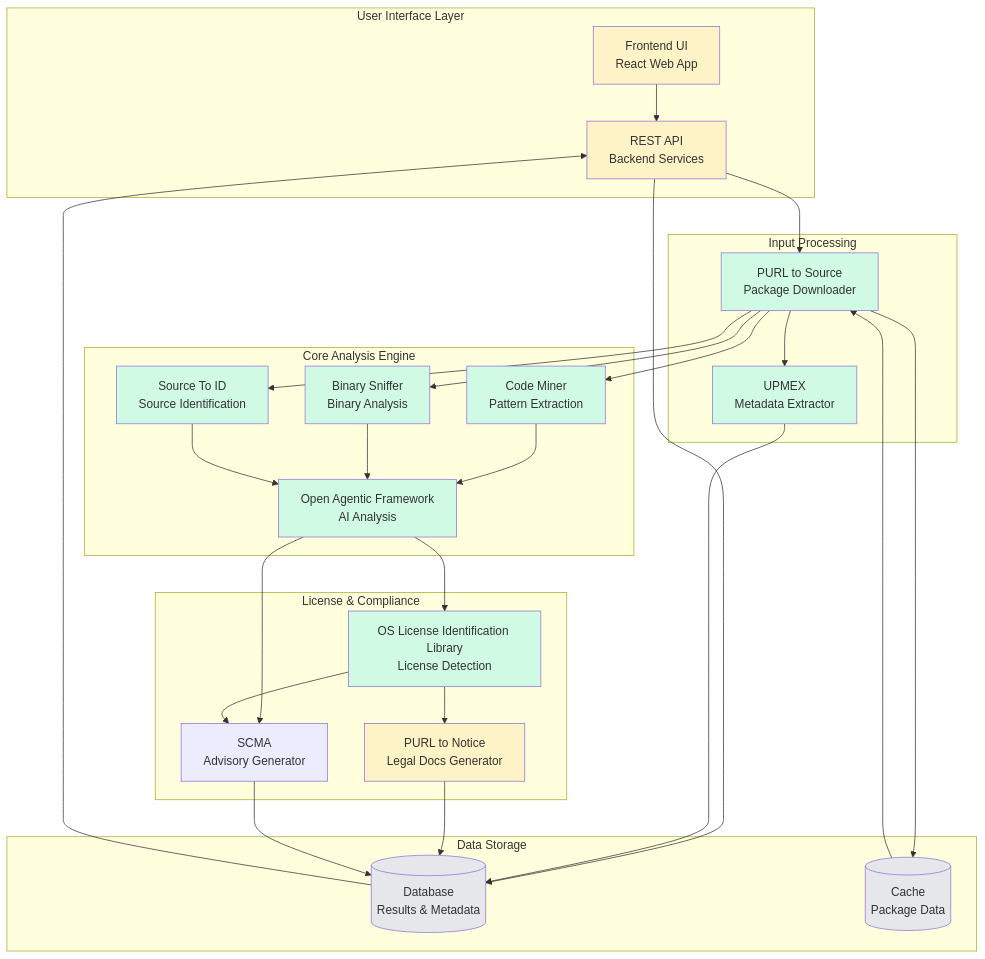
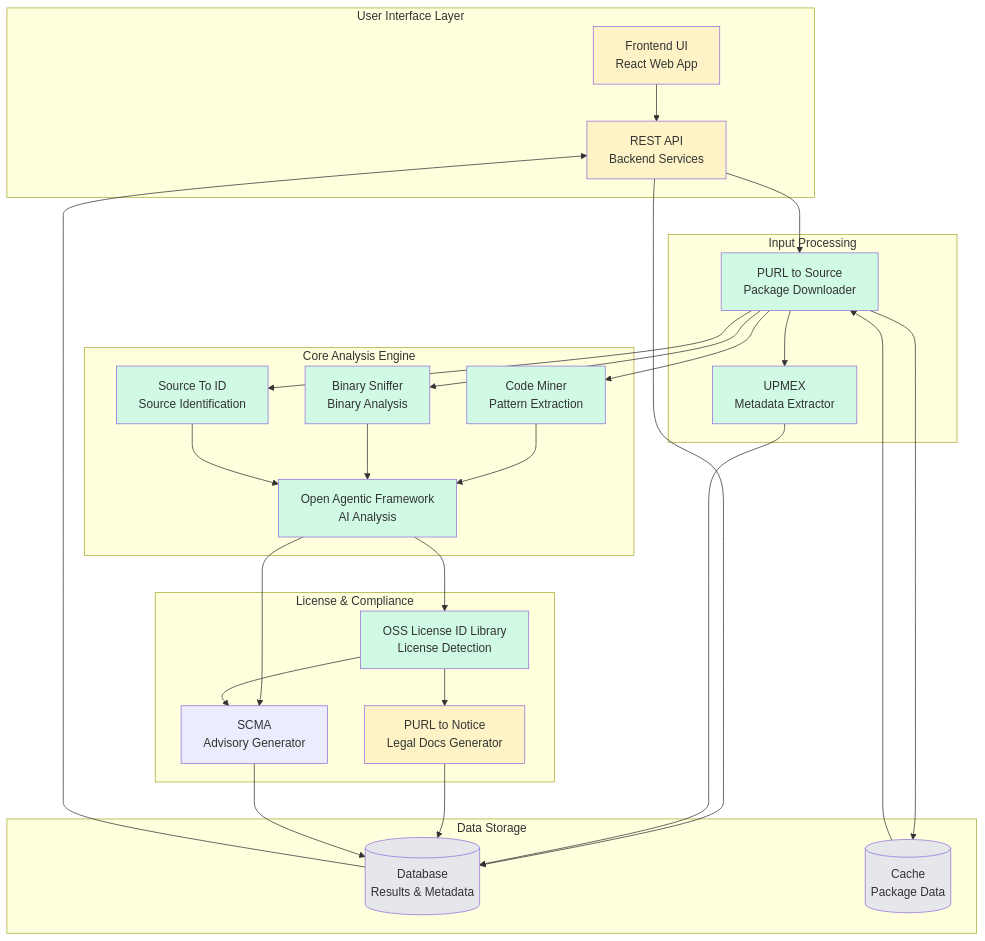
One commit to SemClone/semcl.one changed the first of 4 diagrams in capability-map.md. Above: the diagram before and after it, drawn with Mermaid. The commit also changed other lines of this file and 4 other files, not shown here.

````diff
--- a/capability-map.md
+++ b/capability-map.md
@@ -5,69 +5,69 @@
 ```mermaid
 graph TB
     subgraph "User Interface Layer"
         WEB[Frontend UI<br/>React Web App]
         API[REST API<br/>Backend Services]
     end
 
     subgraph "Input Processing"
         PURL[PURL to Source<br/>Package Downloader]
         UPMEX[UPMEX<br/>Metadata Extractor]
     end
 
     subgraph "Core Analysis Engine"
         MINER[Code Miner<br/>Pattern Extraction]
         BINARY[Binary Sniffer<br/>Binary Analysis]
         SRC2ID[Source To ID<br/>Source Identification]
         AGENT[Open Agentic Framework<br/>AI Analysis]
     end
 
     subgraph "License & Compliance"
-        OSLILI[OS License Identification Library<br/>License Detection]
+        OSLILI[OSS License ID Library<br/>License Detection]
         NOTICE[PURL to Notice<br/>Legal Docs Generator]
         SCMA[SCMA<br/>Advisory Generator]
     end
 
     subgraph "Data Storage"
         DB[(Database<br/>Results & Metadata)]
         CACHE[(Cache<br/>Package Data)]
     end
 
     WEB --> API
     API --> PURL
     API --> DB
     
     PURL --> CACHE
     PURL --> UPMEX
     PURL --> MINER
     PURL --> BINARY
     PURL --> SRC2ID
     
     UPMEX --> DB
     
     MINER --> AGENT
     BINARY --> AGENT
     SRC2ID --> AGENT
     
     AGENT --> OSLILI
     AGENT --> SCMA
     OSLILI --> NOTICE
     OSLILI --> SCMA
     
     NOTICE --> DB
     SCMA --> DB
     DB --> API
     CACHE --> PURL
 
     style WEB fill:#fef3c7
     style API fill:#fef3c7
     style PURL fill:#d1fae5
     style UPMEX fill:#d1fae5
     style MINER fill:#d1fae5
     style BINARY fill:#d1fae5
     style SRC2ID fill:#d1fae5
     style AGENT fill:#d1fae5
     style OSLILI fill:#d1fae5
     style NOTICE fill:#fef3c7
     style DB fill:#e5e7eb
     style CACHE fill:#e5e7eb
 ```
````
